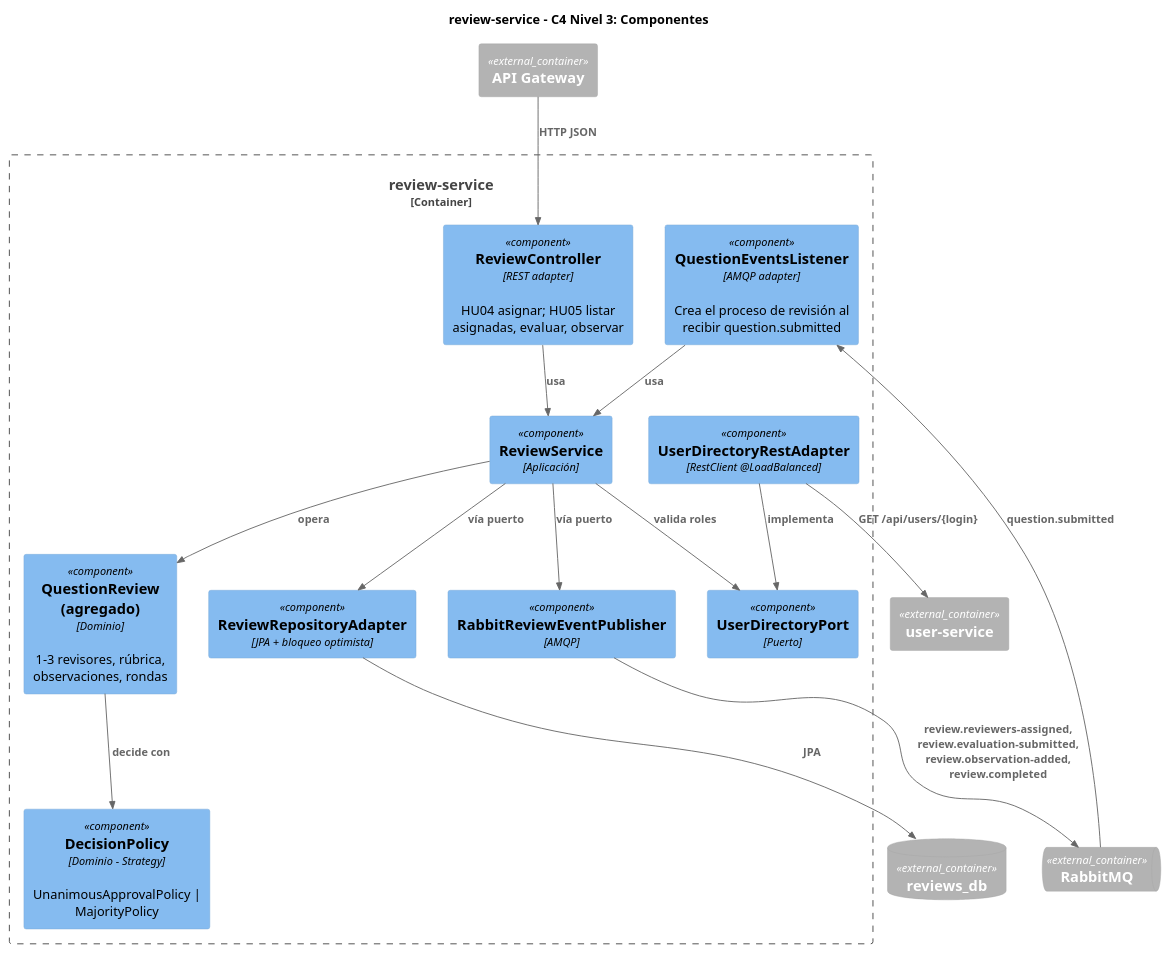
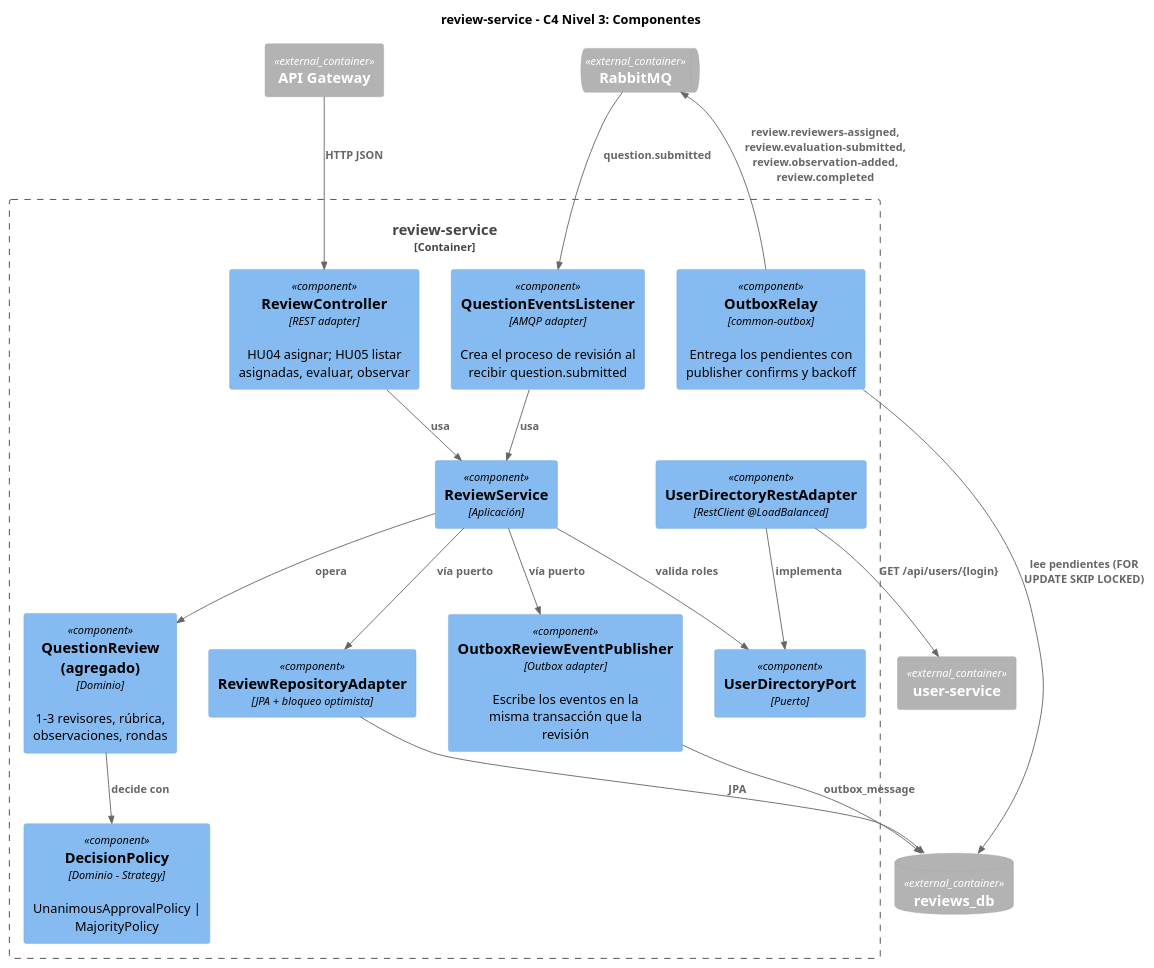
Before and after one commit to martinezgrasantiago214/BANCO_PREGUNTAS_SABER_PRO: the diagram in docs/diagramas/04-c4-componentes-review-service.puml, drawn with PlantUML. The commit also changed 18 other files, not shown here.

First line of the commit message:
Transactional Outbox para la publicación confiable de eventos

```diff
--- a/docs/diagramas/04-c4-componentes-review-service.puml
+++ b/docs/diagramas/04-c4-componentes-review-service.puml
@@ -1,35 +1,38 @@
 @startuml c4-componentes-review
 !include <C4/C4_Component>
 title review-service - C4 Nivel 3: Componentes
 
 Container_Ext(gateway, "API Gateway")
 Container_Ext(users, "user-service")
 ContainerQueue_Ext(broker, "RabbitMQ")
 ContainerDb_Ext(db, "reviews_db")
 
 Container_Boundary(rs, "review-service") {
   Component(ctrl, "ReviewController", "REST adapter", "HU04 asignar; HU05 listar asignadas, evaluar, observar")
   Component(listener, "QuestionEventsListener", "AMQP adapter", "Crea el proceso de revisión al recibir question.submitted")
   Component(service, "ReviewService", "Aplicación")
   Component(aggregate, "QuestionReview (agregado)", "Dominio", "1-3 revisores, rúbrica, observaciones, rondas")
   Component(policy, "DecisionPolicy", "Dominio - Strategy", "UnanimousApprovalPolicy | MajorityPolicy")
   Component(userPort, "UserDirectoryPort", "Puerto")
   Component(userAdapter, "UserDirectoryRestAdapter", "RestClient @LoadBalanced")
   Component(repoAdapter, "ReviewRepositoryAdapter", "JPA + bloqueo optimista")
-  Component(pubAdapter, "RabbitReviewEventPublisher", "AMQP")
+  Component(pubAdapter, "OutboxReviewEventPublisher", "Outbox adapter", "Escribe los eventos en la misma transacción que la revisión")
+  Component(relay, "OutboxRelay", "common-outbox", "Entrega los pendientes con publisher confirms y backoff")
 }
 
 Rel(gateway, ctrl, "HTTP JSON")
 Rel(broker, listener, "question.submitted")
 Rel(ctrl, service, "usa")
 Rel(listener, service, "usa")
 Rel(service, aggregate, "opera")
 Rel(aggregate, policy, "decide con")
 Rel(service, userPort, "valida roles")
 Rel(userAdapter, userPort, "implementa")
 Rel(userAdapter, users, "GET /api/users/{login}")
 Rel(service, repoAdapter, "vía puerto")
 Rel(repoAdapter, db, "JPA")
 Rel(service, pubAdapter, "vía puerto")
-Rel(pubAdapter, broker, "review.reviewers-assigned, review.evaluation-submitted, review.observation-added, review.completed")
+Rel(pubAdapter, db, "outbox_message")
+Rel(relay, db, "lee pendientes (FOR UPDATE SKIP LOCKED)")
+Rel(relay, broker, "review.reviewers-assigned, review.evaluation-submitted, review.observation-added, review.completed")
 @enduml
```
